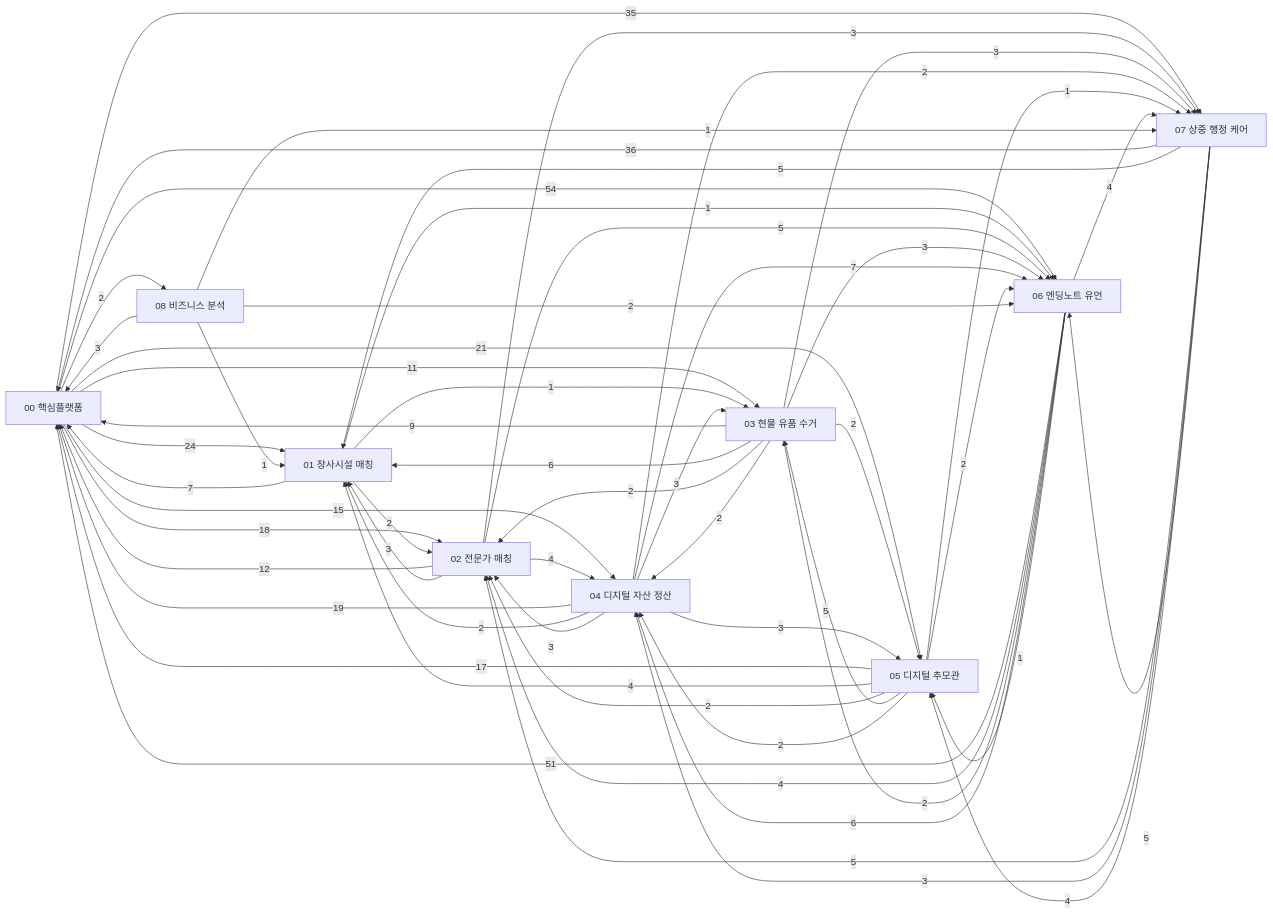
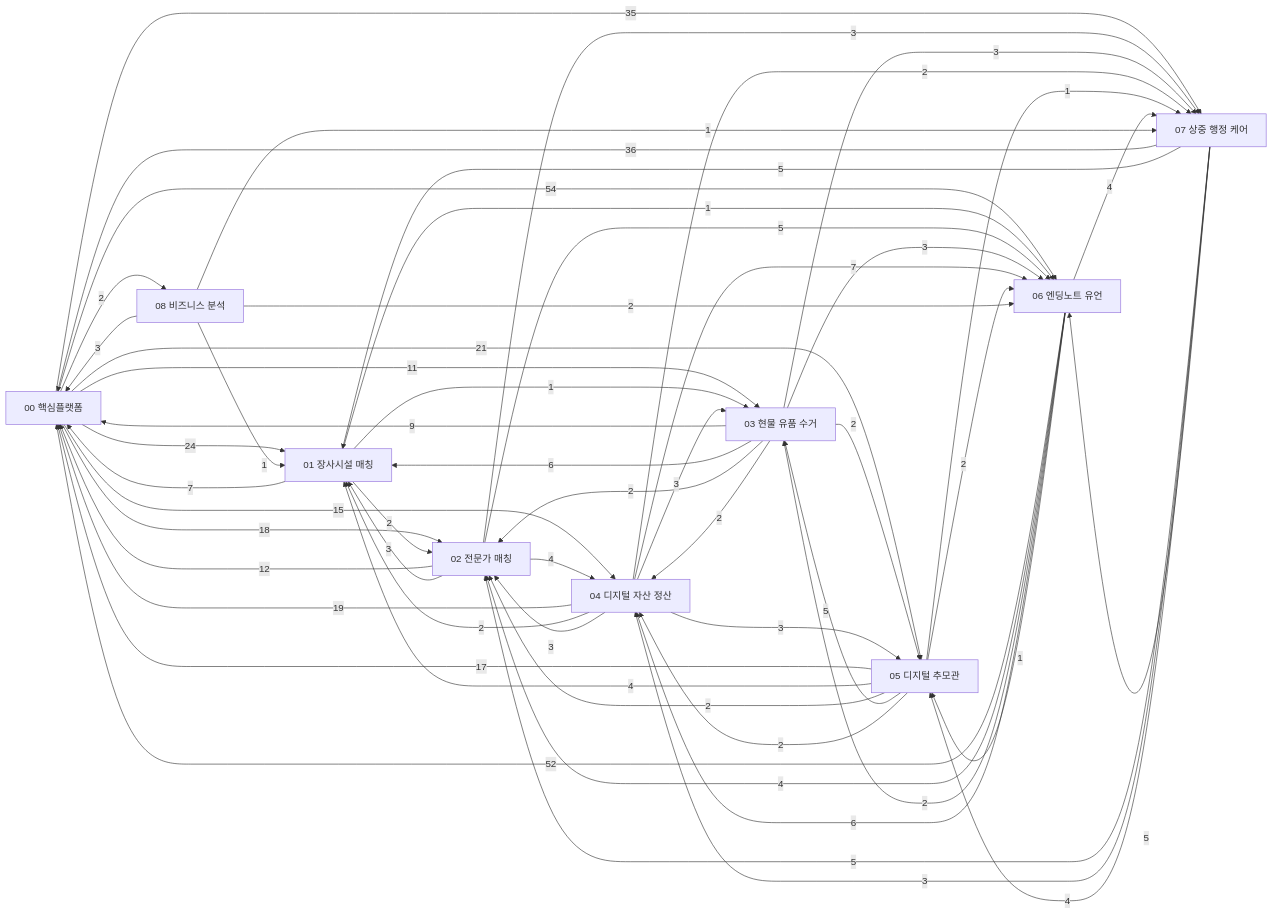
Before and after one commit to Hyunews/Eobom: the diagram in docs/00_DOCS_INDEX.md, drawn with Mermaid. The commit also changed other lines of this file and 11 other files, not shown here.

````diff
--- a/docs/00_DOCS_INDEX.md
+++ b/docs/00_DOCS_INDEX.md
@@ -53,66 +53,66 @@
 ```mermaid
 flowchart LR
   D00["00 핵심플랫폼"]
   D01["01 장사시설 매칭"]
   D02["02 전문가 매칭"]
   D03["03 현물 유품 수거"]
   D04["04 디지털 자산 정산"]
   D05["05 디지털 추모관"]
   D06["06 엔딩노트 유언"]
   D07["07 상중 행정 케어"]
   D08["08 비즈니스 분석"]
   D00 -->|24| D01
   D00 -->|18| D02
   D00 -->|11| D03
   D00 -->|15| D04
   D00 -->|21| D05
   D00 -->|54| D06
   D00 -->|35| D07
   D00 -->|2| D08
   D01 -->|7| D00
   D01 -->|2| D02
   D01 -->|1| D03
   D01 -->|1| D06
   D02 -->|12| D00
   D02 -->|3| D01
   D02 -->|4| D04
   D02 -->|5| D06
   D02 -->|3| D07
   D03 -->|9| D00
   D03 -->|6| D01
   D03 -->|2| D02
   D03 -->|2| D04
   D03 -->|2| D05
   D03 -->|3| D06
   D03 -->|3| D07
   D04 -->|19| D00
   D04 -->|2| D01
   D04 -->|3| D02
   D04 -->|3| D03
   D04 -->|3| D05
   D04 -->|7| D06
   D04 -->|2| D07
   D05 -->|17| D00
   D05 -->|4| D01
   D05 -->|2| D02
   D05 -->|5| D03
   D05 -->|2| D04
   D05 -->|2| D06
   D05 -->|1| D07
-  D06 -->|51| D00
+  D06 -->|52| D00
   D06 -->|4| D02
   D06 -->|2| D03
   D06 -->|6| D04
   D06 -->|1| D05
   D06 -->|4| D07
   D07 -->|36| D00
   D07 -->|5| D01
   D07 -->|5| D02
   D07 -->|3| D04
   D07 -->|4| D05
   D07 -->|5| D06
   D08 -->|3| D00
   D08 -->|1| D01
   D08 -->|2| D06
   D08 -->|1| D07
 ```
````
